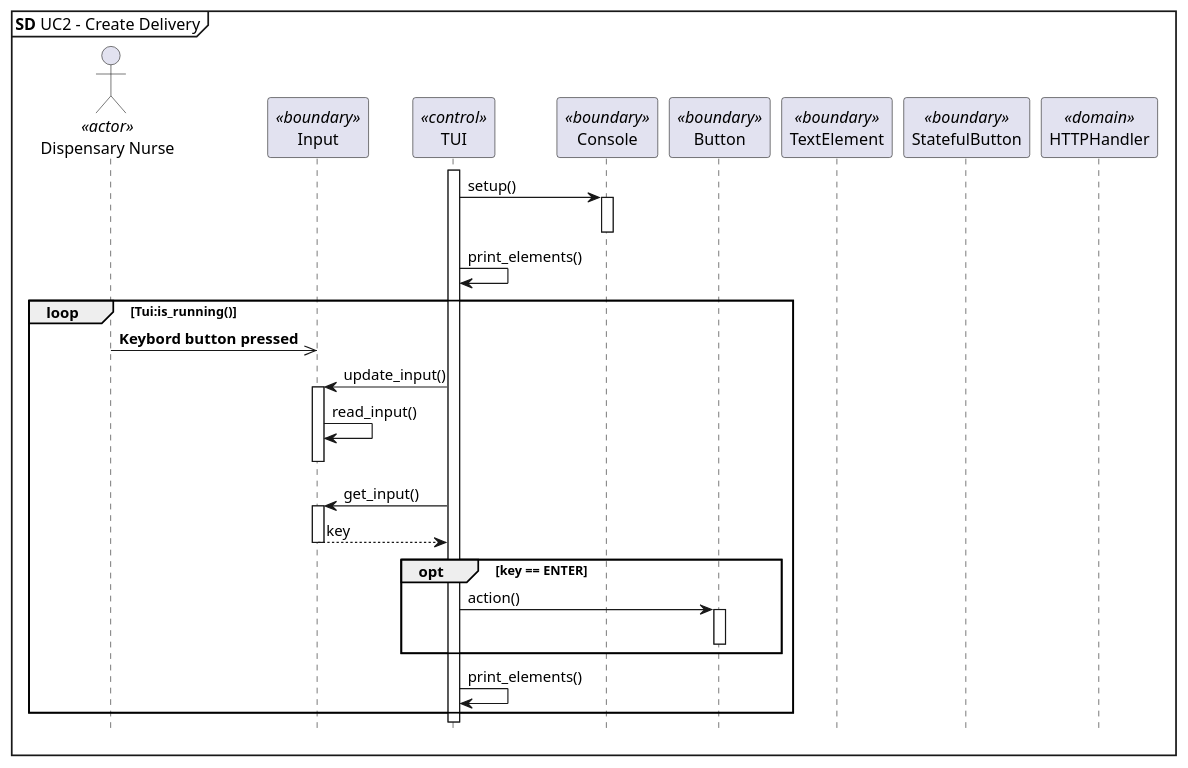
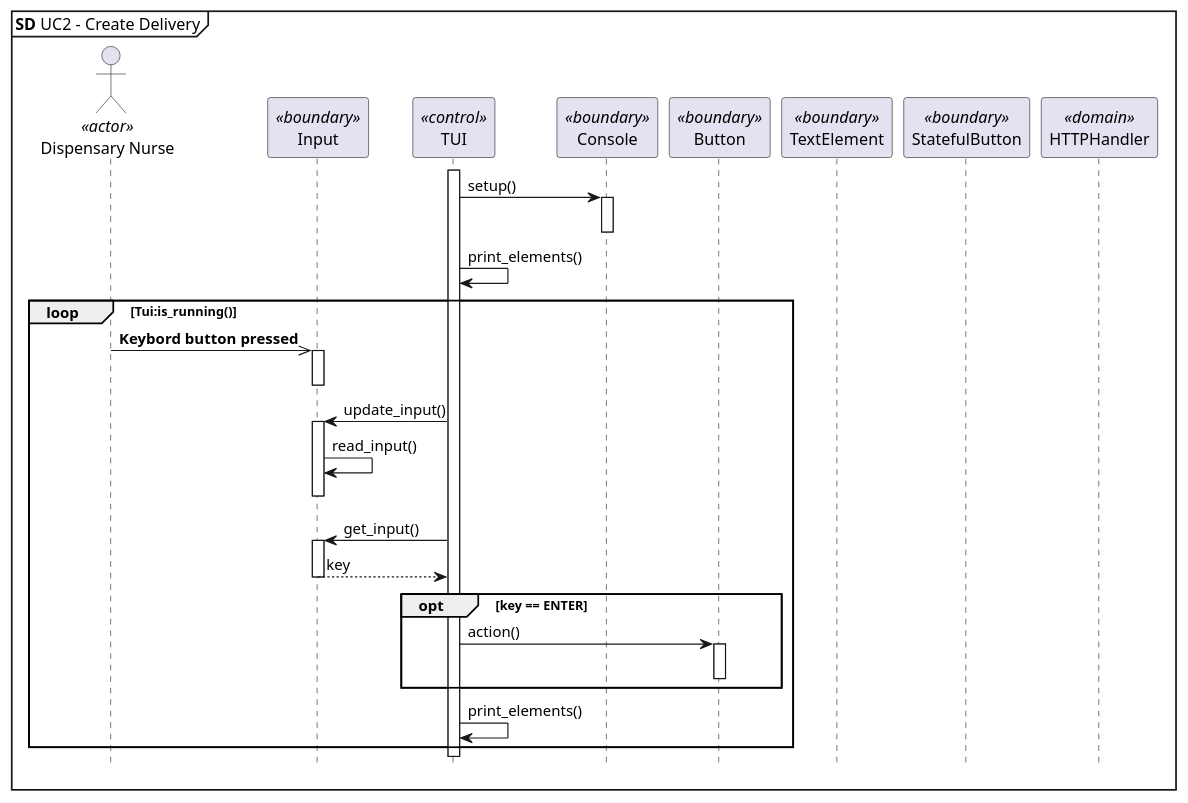
One commit to lineklemensen/PRJ3 changed the diagram in docs/diagrams/Plantuml/apModel/uc2sd-pc.puml. Above: the diagram before and after it, drawn with PlantUML. The commit also changed 1 other file, not shown here.

```diff
--- a/docs/diagrams/Plantuml/apModel/uc2sd-pc.puml
+++ b/docs/diagrams/Plantuml/apModel/uc2sd-pc.puml
@@ -1,51 +1,52 @@
 @startuml SD UC2 - Create Delivery
 
 mainframe **SD** UC2 - Create Delivery
 hide footbox
 
 actor "Dispensary Nurse" as dn <<actor>>
 participant "Input" as in <<boundary>>
 participant "TUI" as tui <<control>>
 participant "Console" as cs <<boundary>>
 participant "Button" as b <<boundary>>
 participant "TextElement" as te <<boundary>>
 participant "StatefulButton" as sb <<boundary>>
 participant "HTTPHandler" as pc_http <<domain>>
 
 '1. TUI active/open TUI
 tui++ 
 
 '2. TUI displays message and list of rooms
 tui -> cs : setup()
 
 '3.
 cs++
 cs--
 
 '5.
 tui -> tui: print_elements()
 
 '6.
 loop Tui:is_running()
-dn ->> in : **Keybord button pressed**
+dn ->> in++ : **Keybord button pressed**
+in--
 tui -> in++ : update_input()
 in -> in : read_input()
 in -[hidden]-> in
 in--
 tui -> in++ : get_input()
 in --> tui : key
 in--
 opt key == ENTER
 tui -> b++ : action()
 b--
 
 end
 tui -> tui : print_elements()
 end 
 
 
 
 
 
 
 @enduml
```
